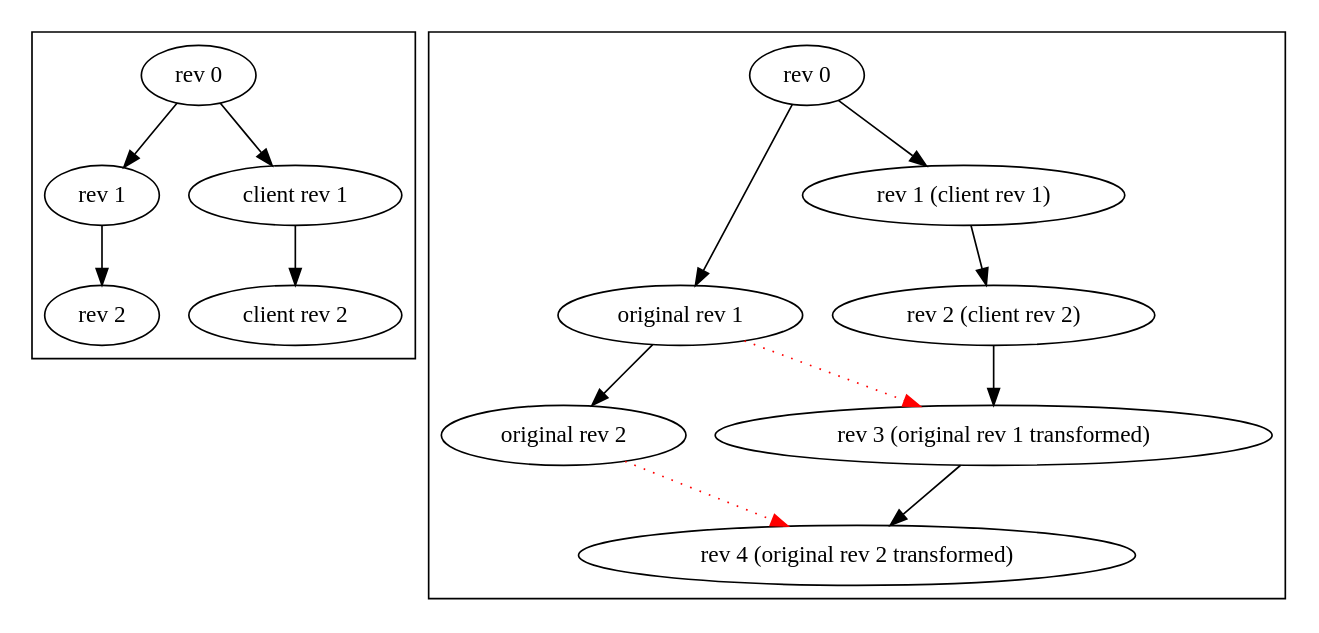
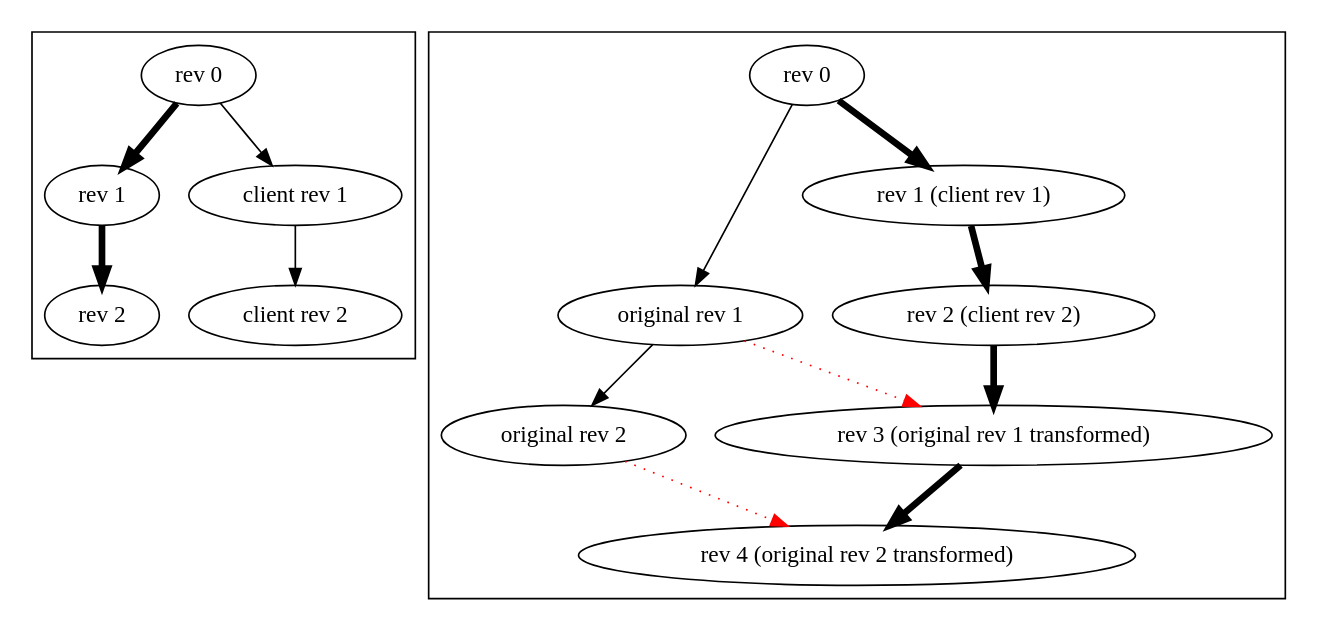
Before and after one commit to kindone/text-versioncontrol: the diagram in doc/rebase.dot, drawn with Graphviz. The commit also changed 8 other files, not shown here.

```diff
--- a/doc/rebase.dot
+++ b/doc/rebase.dot
@@ -1,28 +1,28 @@
 digraph merge {
   subgraph cluster_0 {
     b_rev0 [label="rev 0"]
     b_rev1 [label="rev 1"]
     b_rev2 [label="rev 2"]
     b_client1 [label="client rev 1"]
     b_client2 [label="client rev 2"]
 
-    b_rev0 -> b_rev1 -> b_rev2
+    b_rev0 -> b_rev1 -> b_rev2 [penwidth=4]
     b_rev0 -> b_client1 -> b_client2
   }
 
   subgraph cluster_1 {
     rev0 [label="rev 0"]
     rev1 [label="original rev 1"]
     rev2 [label="original rev 2"]
     client1 [label="rev 1 (client rev 1)"]
     client2 [label="rev 2 (client rev 2)"]
     rev3 [label="rev 3 (original rev 1 transformed)"]
     rev4 [label="rev 4 (original rev 2 transformed)"]
 
     rev0 -> rev1 -> rev2
-    rev0 -> client1 -> client2 -> rev3 -> rev4
+    rev0 -> client1 -> client2 -> rev3 -> rev4 [penwidth=4]
     rev1 -> rev3 [style="dotted", color=red]
     rev2 -> rev4 [style="dotted", color=red]
   }
 
 }
```
